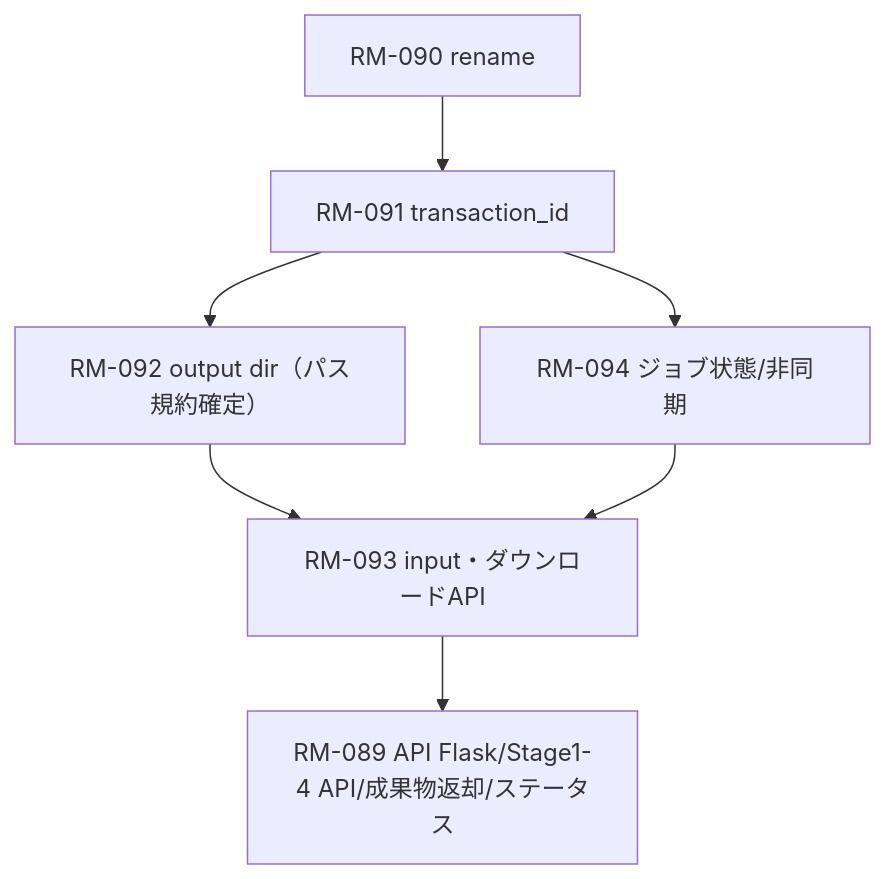
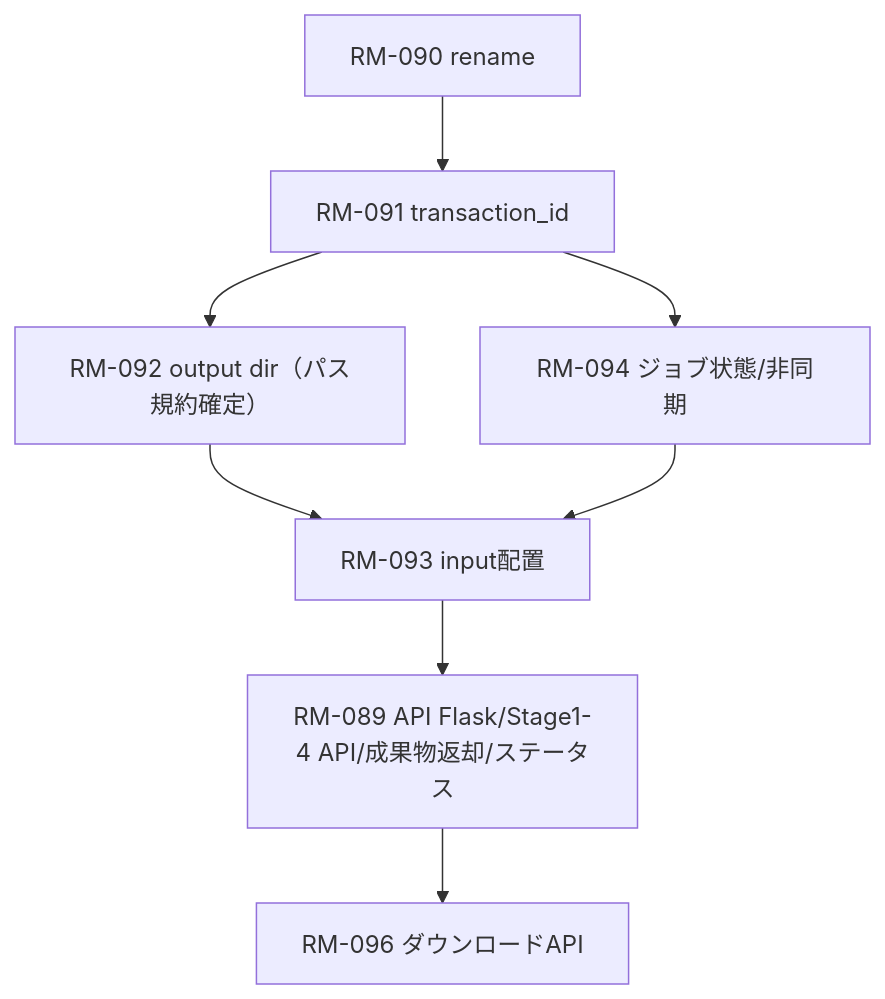
The diagram in docs/notes/20251217-rm089-web-if.md (yurake/pptx_generator), drawn with Mermaid before and after one commit. The commit also changed other lines of this file and 1 other file, not shown here.

Commit message:
docs(roadmap): split download api to rm-096

````diff
--- a/docs/notes/20251217-rm089-web-if.md
+++ b/docs/notes/20251217-rm089-web-if.md
@@ -2,9 +2,10 @@
 ```mermaid
 flowchart TD
     A1[RM-090 rename] --> A2[RM-091 transaction_id]
     A2 --> A3[RM-092 output dir（パス規約確定）]
     A2 --> A5[RM-094 ジョブ状態/非同期]
-    A3 --> A4[RM-093 input・ダウンロードAPI]
+    A3 --> A4[RM-093 input配置]
     A5 --> A4
     A4 --> A6[RM-089 API Flask/Stage1-4 API/成果物返却/ステータス]
+    A6 --> A7[RM-096 ダウンロードAPI]
 ```
````
